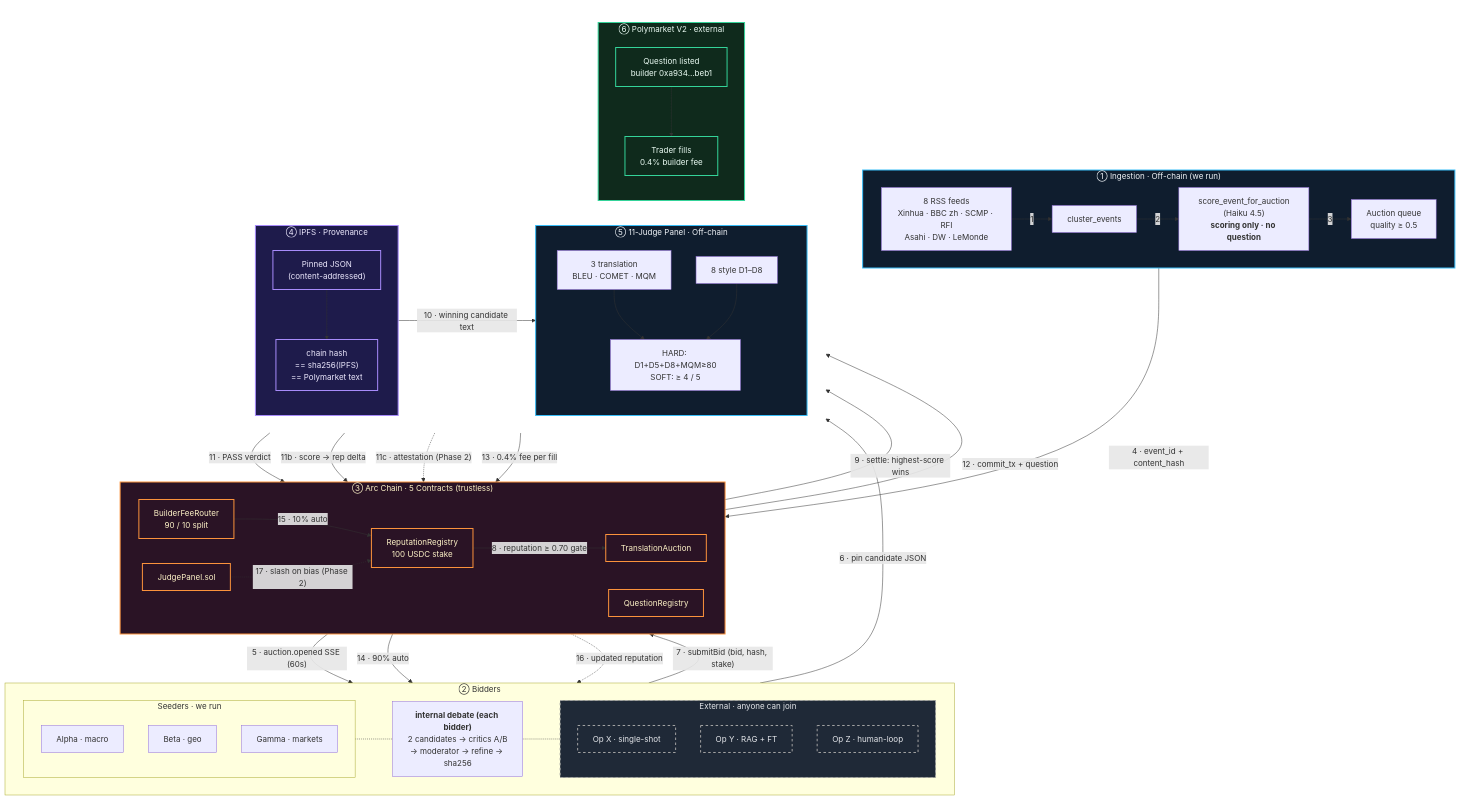
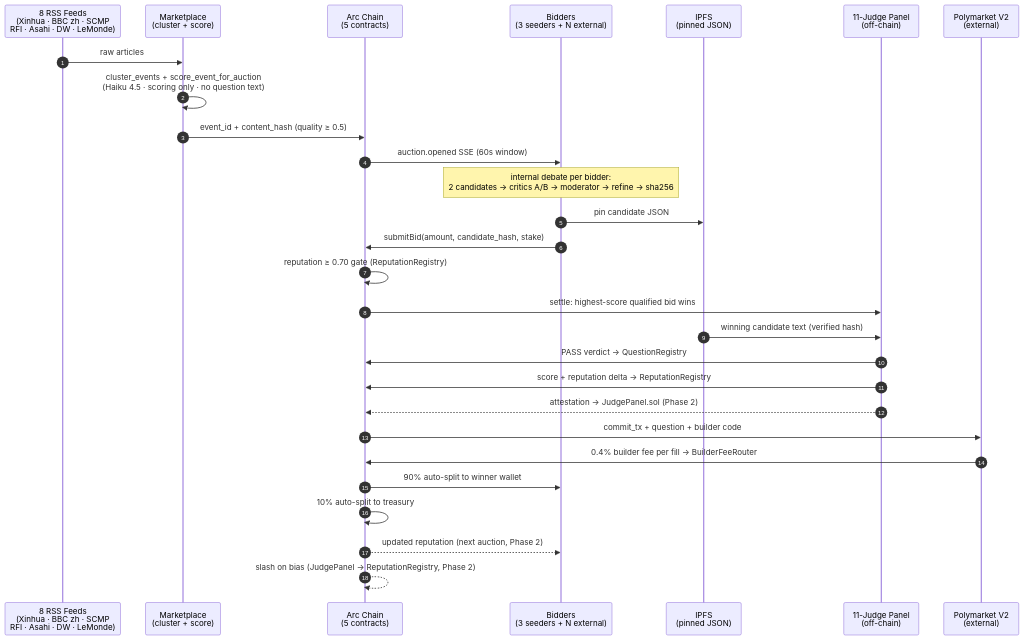
Before and after one commit to licaomeng/polyglot-alpha: the second of 12 diagrams in README.md, drawn with Mermaid. The commit also changed other lines of this file and 15 other files, not shown here.

First line of the commit message:
Enhance event triggering and lifecycle management for RSS integration

````diff
--- a/README.md
+++ b/README.md
@@ -48,92 +48,31 @@
 ```mermaid
-flowchart TB
-    classDef offchain fill:#0f1d2e,stroke:#38bdf8,stroke-width:2px,color:#f1f5f9
-    classDef onchain fill:#2a1325,stroke:#fb923c,stroke-width:2px,color:#fef3c7
-    classDef external fill:#1f2937,stroke:#a3a3a3,stroke-width:2px,color:#e5e7eb,stroke-dasharray: 5 5
-    classDef polymarket fill:#0f2a1c,stroke:#34d399,stroke-width:2px,color:#ecfdf5
-    classDef ipfs fill:#1e1b4b,stroke:#a78bfa,stroke-width:2px,color:#ede9fe
+sequenceDiagram
+    autonumber
+    participant News as 8 RSS Feeds<br/>(Xinhua · BBC zh · SCMP<br/>RFI · Asahi · DW · LeMonde)
+    participant MP as Marketplace<br/>(cluster + score)
+    participant Arc as Arc Chain<br/>(5 contracts)
+    participant BID as Bidders<br/>(3 seeders + N external)
+    participant IPFS as IPFS<br/>(pinned JSON)
+    participant J as 11-Judge Panel<br/>(off-chain)
+    participant PM as Polymarket V2<br/>(external)
 
-    subgraph M["① Ingestion · Off-chain (we run)"]
-        direction LR
-        RSS["8 RSS feeds<br/>Xinhua · BBC zh · SCMP · RFI<br/>Asahi · DW · LeMonde"] -->|"1"| CR["cluster_events"] -->|"2"| SC["score_event_for_auction<br/>(Haiku 4.5)<br/><b>scoring only · no question</b>"] -->|"3"| Q["Auction queue<br/>quality ≥ 0.5"]
-    end
-
-    subgraph BID["② Bidders"]
-        direction LR
-        subgraph S["Seeders · we run"]
-            direction TB
-            SA["Alpha · macro"]
-            SB["Beta · geo"]
-            SG["Gamma · markets"]
-        end
-        DEB["<b>internal debate (each bidder)</b><br/>2 candidates → critics A/B<br/>→ moderator → refine → sha256"]
-        subgraph EO["External · anyone can join"]
-            direction TB
-            OX["Op X · single-shot"]
-            OY["Op Y · RAG + FT"]
-            OZ["Op Z · human-loop"]
-        end
-        S -.- DEB
-        DEB -.- EO
-    end
-
-    subgraph A["③ Arc Chain · 5 Contracts (trustless)"]
-        direction LR
-        TA["TranslationAuction"]
-        QR["QuestionRegistry"]
-        BFR["BuilderFeeRouter<br/>90 / 10 split"]
-        RR["ReputationRegistry<br/>100 USDC stake"]
-        JP_C["JudgePanel.sol"]
-    end
-
-    subgraph BOT[" "]
-        direction LR
-        subgraph I["④ IPFS · Provenance"]
-            direction TB
-            IPFS["Pinned JSON<br/>(content-addressed)"]
-            VER["chain hash<br/>== sha256(IPFS)<br/>== Polymarket text"]
-            IPFS --> VER
-        end
-
-        subgraph J["⑤ 11-Judge Panel · Off-chain"]
-            direction TB
-            TJ["3 translation<br/>BLEU · COMET · MQM"]
-            STJ["8 style D1–D8"]
-            AGG["HARD: D1+D5+D8+MQM≥80<br/>SOFT: ≥ 4 / 5"]
-            TJ --> AGG
-            STJ --> AGG
-        end
-
-        subgraph P["⑥ Polymarket V2 · external"]
-            direction TB
-            PMQ["Question listed<br/>builder 0xa934…beb1"]
-            PMF["Trader fills<br/>0.4% builder fee"]
-            PMQ --> PMF
-        end
-    end
-
-    Q -->|"4 · event_id + content_hash"| TA
-    TA -->|"5 · auction.opened SSE (60s)"| BID
-    BID -->|"6 · pin candidate JSON"| IPFS
-    BID -->|"7 · submitBid (bid, hash, stake)"| TA
-    RR -->|"8 · reputation ≥ 0.70 gate"| TA
-    TA -->|"9 · settle: highest-score wins"| AGG
-    IPFS -->|"10 · winning candidate text"| AGG
-    AGG -->|"11 · PASS verdict"| QR
-    AGG -->|"11b · score → rep delta"| RR
-    AGG -.->|"11c · attestation (Phase 2)"| JP_C
-    QR -->|"12 · commit_tx + question"| PMQ
-    PMF -->|"13 · 0.4% fee per fill"| BFR
-    BFR -->|"14 · 90% auto"| BID
-    BFR -->|"15 · 10% auto"| RR
-    RR -.->|"16 · updated reputation"| BID
-    JP_C -.->|"17 · slash on bias (Phase 2)"| RR
-
-    class M,J offchain
-    class A,TA,QR,BFR,RR,JP_C onchain
-    class EO,OX,OY,OZ external
-    class P,PMQ,PMF polymarket
-    class I,IPFS,VER ipfs
-
-    style BOT fill:none,stroke:none
+    News->>MP: raw articles
+    MP->>MP: cluster_events + score_event_for_auction<br/>(Haiku 4.5 · scoring only · no question text)
+    MP->>Arc: event_id + content_hash (quality ≥ 0.5)
+    Arc->>BID: auction.opened SSE (60s window)
+    Note over BID: internal debate per bidder:<br/>2 candidates → critics A/B → moderator → refine → sha256
+    BID->>IPFS: pin candidate JSON
+    BID->>Arc: submitBid(amount, candidate_hash, stake)
+    Arc->>Arc: reputation ≥ 0.70 gate (ReputationRegistry)
+    Arc->>J: settle: highest-score qualified bid wins
+    IPFS->>J: winning candidate text (verified hash)
+    J->>Arc: PASS verdict → QuestionRegistry
+    J->>Arc: score + reputation delta → ReputationRegistry
+    J-->>Arc: attestation → JudgePanel.sol (Phase 2)
+    Arc->>PM: commit_tx + question + builder code
+    PM->>Arc: 0.4% builder fee per fill → BuilderFeeRouter
+    Arc->>BID: 90% auto-split to winner wallet
+    Arc->>Arc: 10% auto-split to treasury
+    Arc-->>BID: updated reputation (next auction, Phase 2)
+    Arc-->>Arc: slash on bias (JudgePanel → ReputationRegistry, Phase 2)
 ```
````
